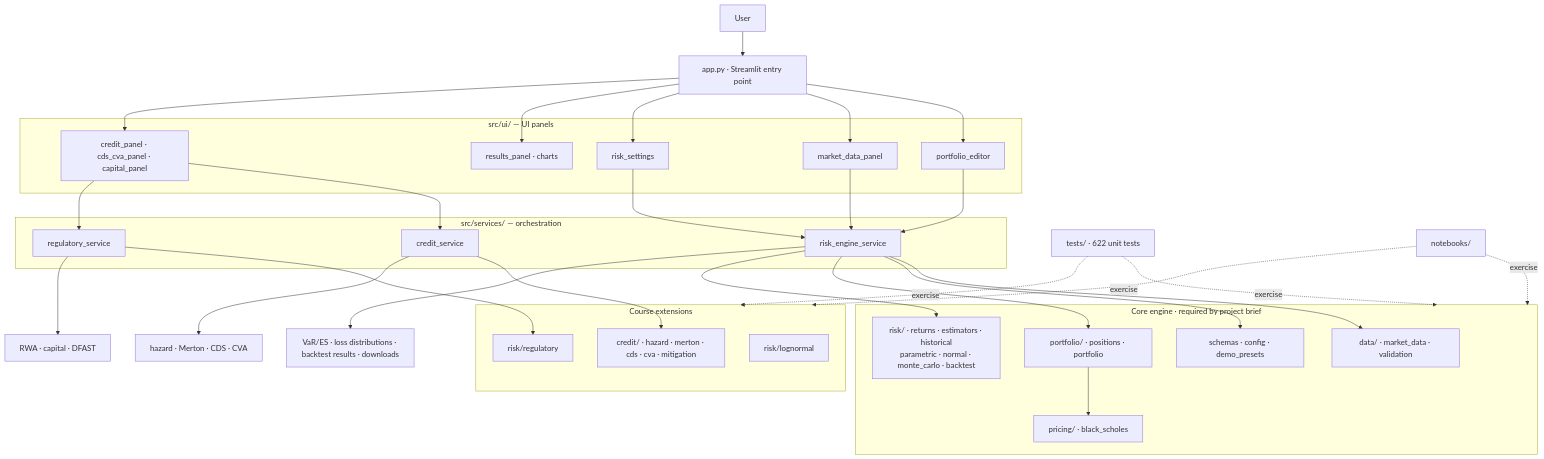
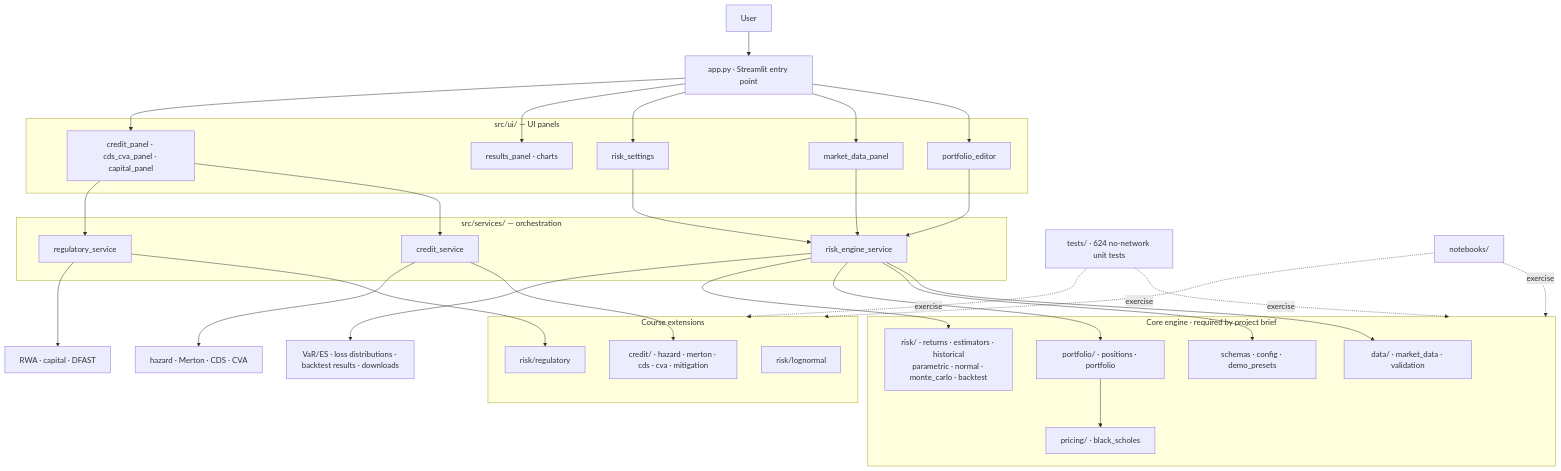
One commit to nl2992/MATH5320 changed the diagram in README.md. Above: the diagram before and after it, drawn with Mermaid. The commit also changed other lines of this file, not shown here.

````diff
--- a/README.md
+++ b/README.md
@@ -30,51 +30,51 @@
 ```mermaid
 flowchart TB
     U["User"] --> APP["app.py · Streamlit entry point"]
 
     subgraph UI["src/ui/ — UI panels"]
         PE["portfolio_editor"]
         MD["market_data_panel"]
         RS["risk_settings"]
         RP["results_panel · charts"]
         XUI["credit_panel · cds_cva_panel · capital_panel"]
     end
 
     subgraph SVC["src/services/ — orchestration"]
         RSE["risk_engine_service"]
         CRS["credit_service"]
         RGS["regulatory_service"]
     end
 
     subgraph CORE["Core engine  ·  required by project brief"]
         DAT["data/ · market_data · validation"]
         CFG["schemas · config · demo_presets"]
         PRT["portfolio/ · positions · portfolio"]
         BSM["pricing/ · black_scholes"]
         RSK["risk/ · returns · estimators · historical<br/>parametric · normal · monte_carlo · backtest"]
     end
 
     subgraph EXT["Course extensions"]
         LOG["risk/lognormal"]
         REG["risk/regulatory"]
         CRD["credit/ · hazard · merton · cds · cva · mitigation"]
     end
 
     APP --> PE & MD & RS & RP & XUI
 
     PE --> RSE
     MD --> RSE
     RS --> RSE
     XUI --> CRS & RGS
 
     RSE --> DAT & CFG & PRT & RSK
     PRT --> BSM
     CRS --> CRD
     RGS --> REG
 
     RSE --> MOUT["VaR/ES · loss distributions · backtest results · downloads"]
     CRS --> COUT["hazard · Merton · CDS · CVA"]
     RGS --> ROUT["RWA · capital · DFAST"]
 
-    TST["tests/ · 622 unit tests"] -. exercise .-> CORE & EXT
+    TST["tests/ · 624 no-network unit tests"] -. exercise .-> CORE & EXT
     NB["notebooks/"] -. exercise .-> CORE & EXT
 ```
````
